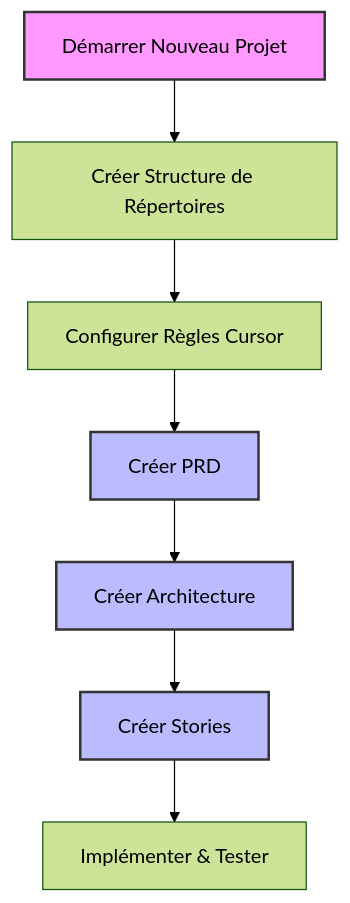
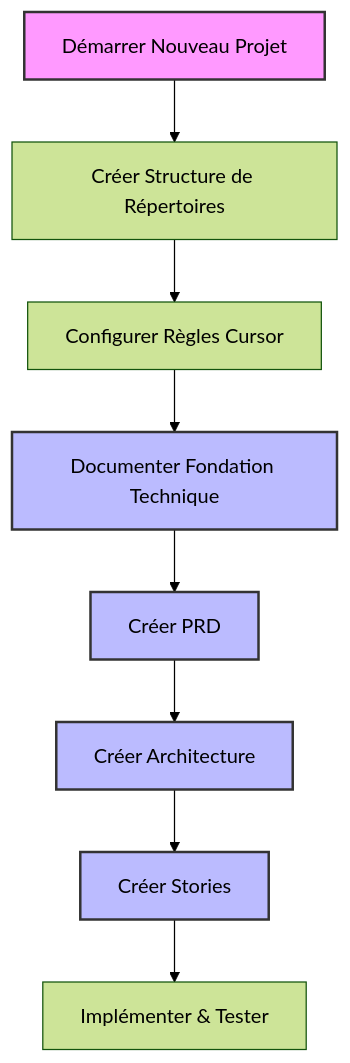
The first of 5 diagrams in docs/scenario-1-premiere-utilisation.md (giak/cursor-auto-rules-agile-workflow), drawn with Mermaid (forest theme) before and after one commit. The commit also changed other lines of this file and 7 other files, not shown here.

````diff
--- a/docs/scenario-1-premiere-utilisation.md
+++ b/docs/scenario-1-premiere-utilisation.md
@@ -9,14 +9,16 @@
 ```mermaid
 flowchart TD
     A[Démarrer Nouveau Projet] --> B[Créer Structure de Répertoires]
     B --> C[Configurer Règles Cursor]
-    C --> D[Créer PRD]
+    C --> CP[Documenter Fondation Technique]
+    CP --> D[Créer PRD]
     D --> E[Créer Architecture]
     E --> F[Créer Stories]
     F --> G[Implémenter & Tester]
 
     style A fill:#f9f,stroke:#333,stroke-width:2px
+    style CP fill:#bbf,stroke:#333,stroke-width:2px
     style D fill:#bbf,stroke:#333,stroke-width:2px
     style E fill:#bbf,stroke:#333,stroke-width:2px
     style F fill:#bbf,stroke:#333,stroke-width:2px
 ```
````
